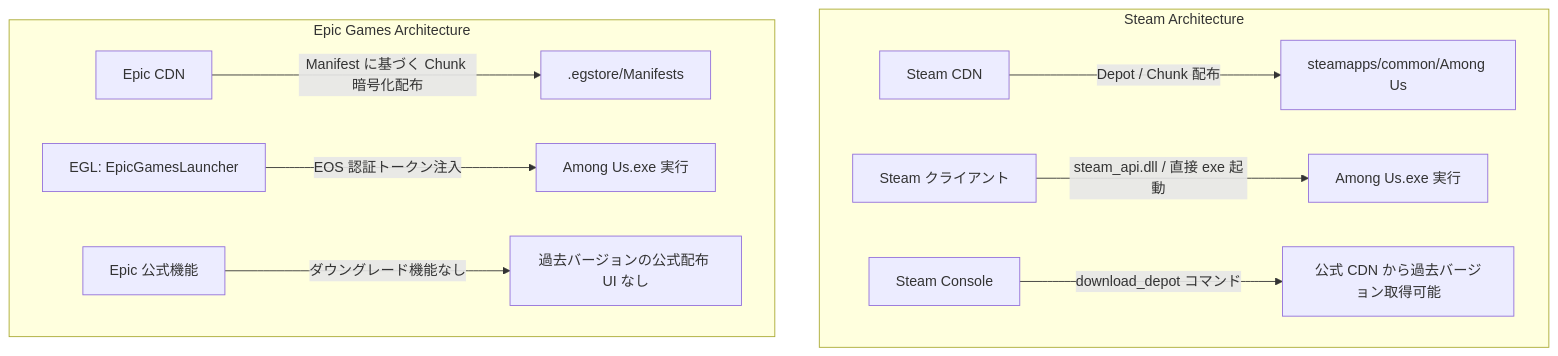
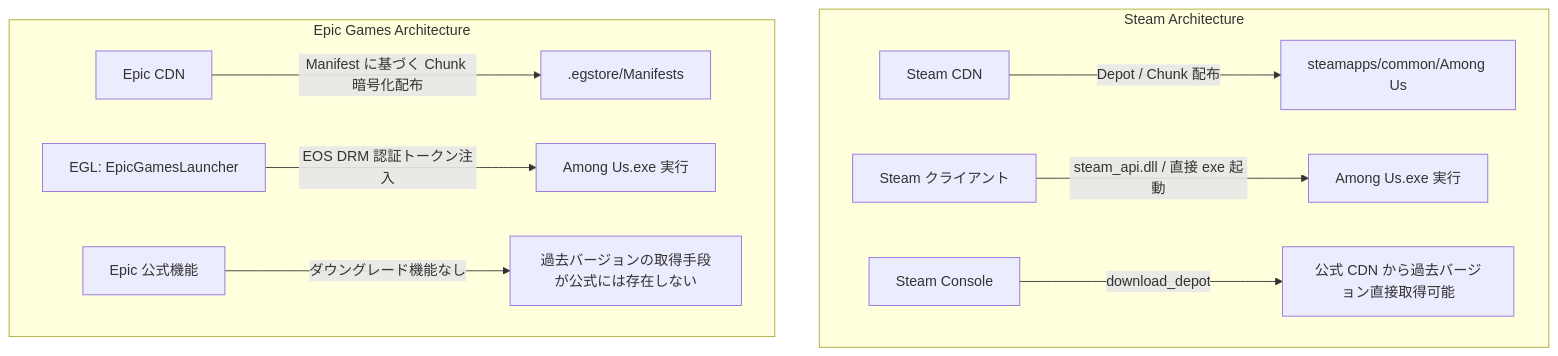
One commit to Maximilian2022/AmongUs-Mod-Auto-Deploy-Script changed the second of 3 diagrams in manual/manual.md. Above: the diagram before and after it, drawn with Mermaid. The commit also changed other lines of this file, not shown here.

````diff
--- a/manual/manual.md
+++ b/manual/manual.md
@@ -197,14 +197,14 @@
 ```mermaid
 graph TD
     subgraph Steam Architecture
         S1[Steam CDN] -->|Depot / Chunk 配布| S2[steamapps/common/Among Us]
         S3[Steam クライアント] -->|steam_api.dll / 直接 exe 起動| S4[Among Us.exe 実行]
-        S5[Steam Console] -->|download_depot コマンド| S6[公式 CDN から過去バージョン取得可能]
+        S5[Steam Console] -->|download_depot <appid> <depotid> <manifestid>| S6[公式 CDN から過去バージョン直接取得可能]
     end
 
     subgraph Epic Games Architecture
         E1[Epic CDN] -->|Manifest に基づく Chunk 暗号化配布| E2[.egstore/Manifests]
-        E3[EGL: EpicGamesLauncher] -->|EOS 認証トークン注入| E4[Among Us.exe 実行]
-        E5[Epic 公式機能] -->|ダウングレード機能なし| E6[過去バージョンの公式配布 UI なし]
+        E3[EGL: EpicGamesLauncher] -->|EOS DRM 認証トークン注入| E4[Among Us.exe 実行]
+        E5[Epic 公式機能] -->|ダウングレード機能なし| E6[過去バージョンの取得手段が公式には存在しない]
     end
 ```
````
